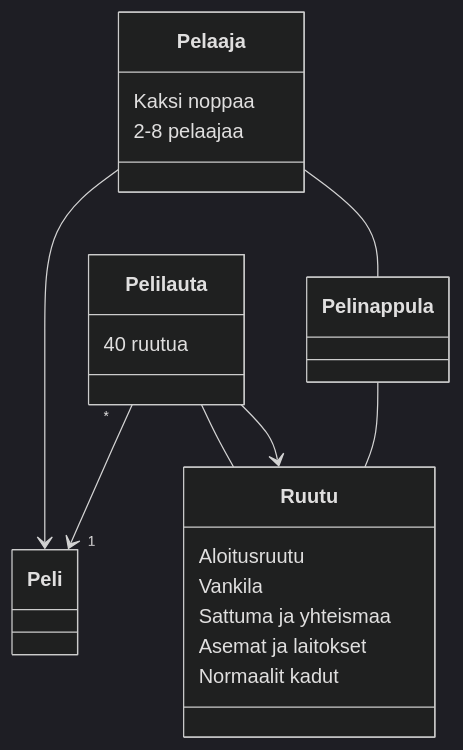
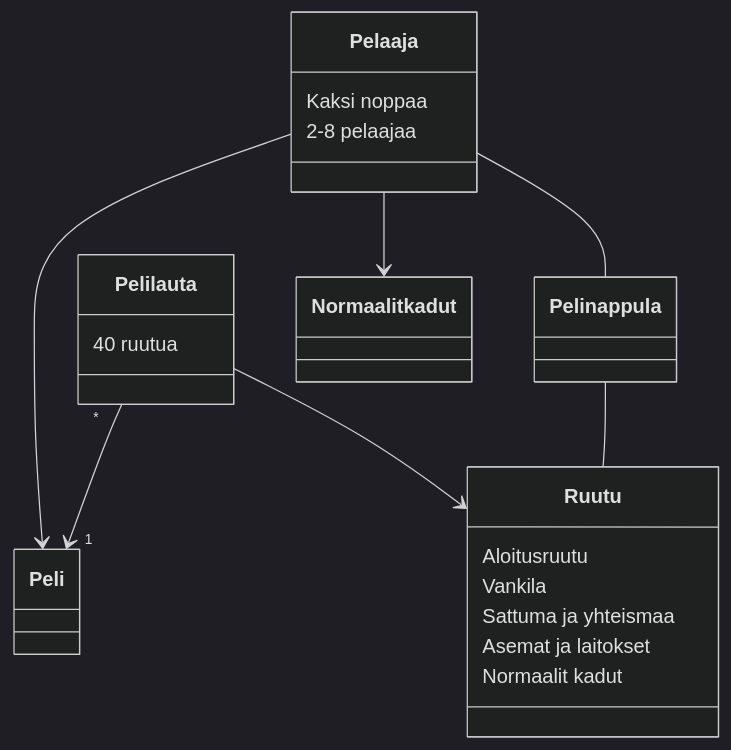
The diagram in laskarit/viikko3/monopoli_luokkakaavio.md (ellenra/jumping_game), drawn with Mermaid (dark theme) before and after one commit.

````diff
--- a/laskarit/viikko3/monopoli_luokkakaavio.md
+++ b/laskarit/viikko3/monopoli_luokkakaavio.md
@@ -1,19 +1,19 @@
 ```mermaid
  classDiagram
       Pelilauta "*" --> "1" Peli
       Pelilauta : 40 ruutua
       Pelaaja --> Peli
       Pelaaja : Kaksi noppaa
       Pelaaja : 2-8 pelaajaa
       Pelaaja -- Pelinappula
       Pelinappula -- Ruutu
-      Ruutu -- Pelilauta
       Ruutu : Aloitusruutu
       Ruutu : Vankila
       Ruutu : Sattuma ja yhteismaa
       Ruutu : Asemat ja laitokset
       Ruutu : Normaalit kadut
       Pelilauta --> Ruutu
+      Pelaaja --> Normaalit kadut
       
      
 ```
````
